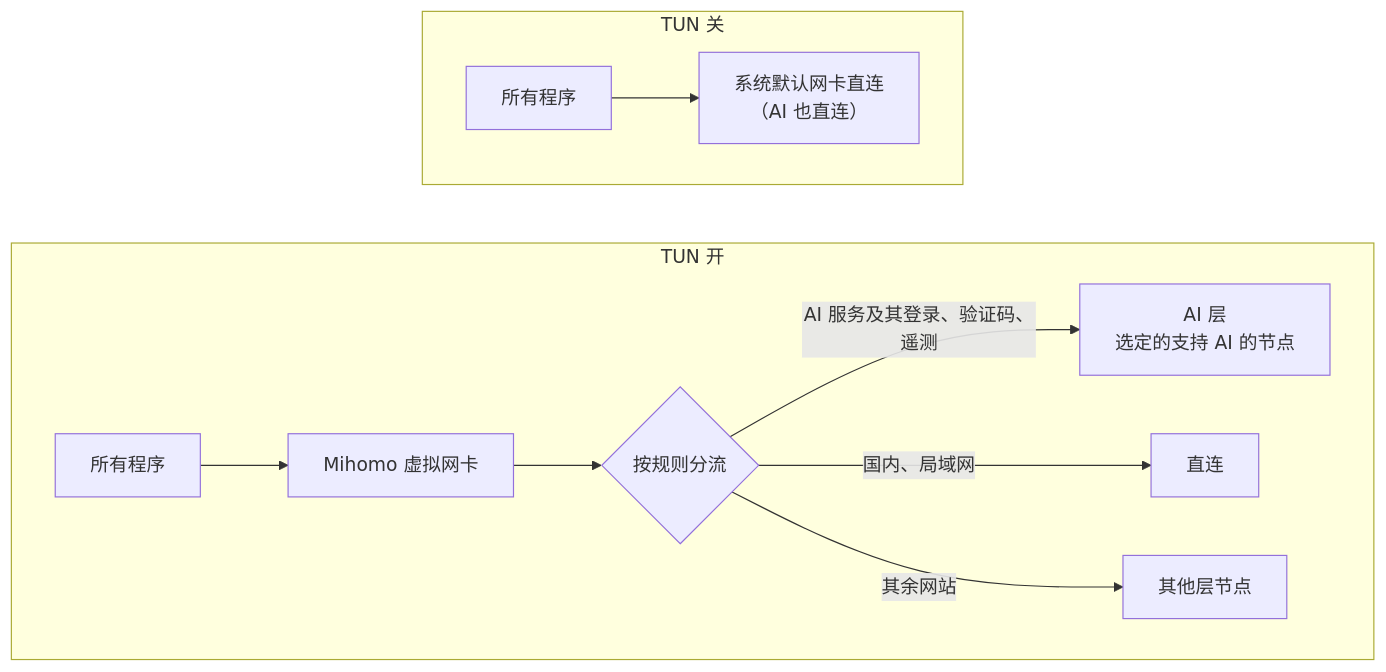
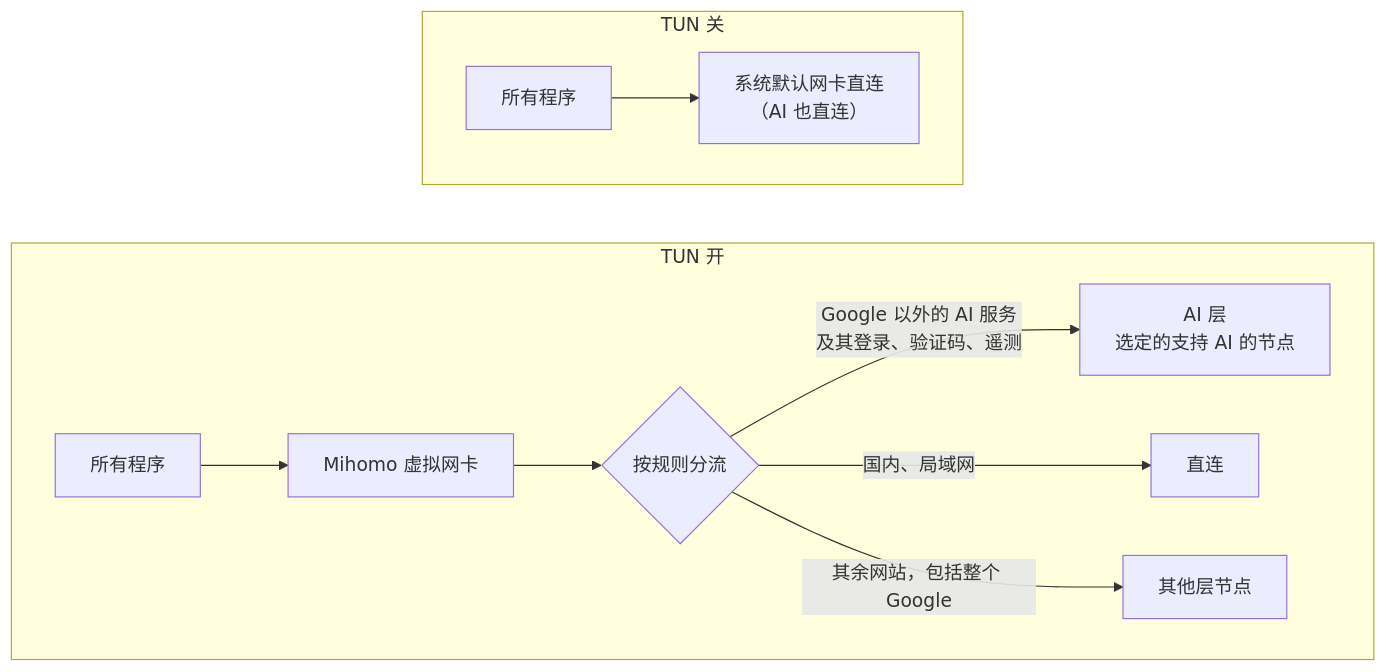
Before and after one commit to EnergyPower233/clash-verge-ai-setup: the diagram in README.md, drawn with Mermaid. The commit also changed other lines of this file and 3 other files, not shown here.

````diff
--- a/README.md
+++ b/README.md
@@ -148,15 +35,15 @@
 ```mermaid
 flowchart LR
     subgraph ON["TUN 开"]
         direction LR
         P1["所有程序"] --> M["Mihomo 虚拟网卡"]
         M --> R{"按规则分流"}
-        R -->|"AI 服务及其登录、验证码、遥测"| AI["AI 层<br/>选定的支持 AI 的节点"]
+        R -->|"Google 以外的 AI 服务<br/>及其登录、验证码、遥测"| AI["AI 层<br/>选定的支持 AI 的节点"]
         R -->|"国内、局域网"| DIRECT["直连"]
-        R -->|"其余网站"| OTHER["其他层节点"]
+        R -->|"其余网站，包括整个 Google"| OTHER["其他层节点"]
     end
     subgraph OFF["TUN 关"]
         direction LR
         P2["所有程序"] --> SYS["系统默认网卡直连<br/>（AI 也直连）"]
     end
 ```
````
